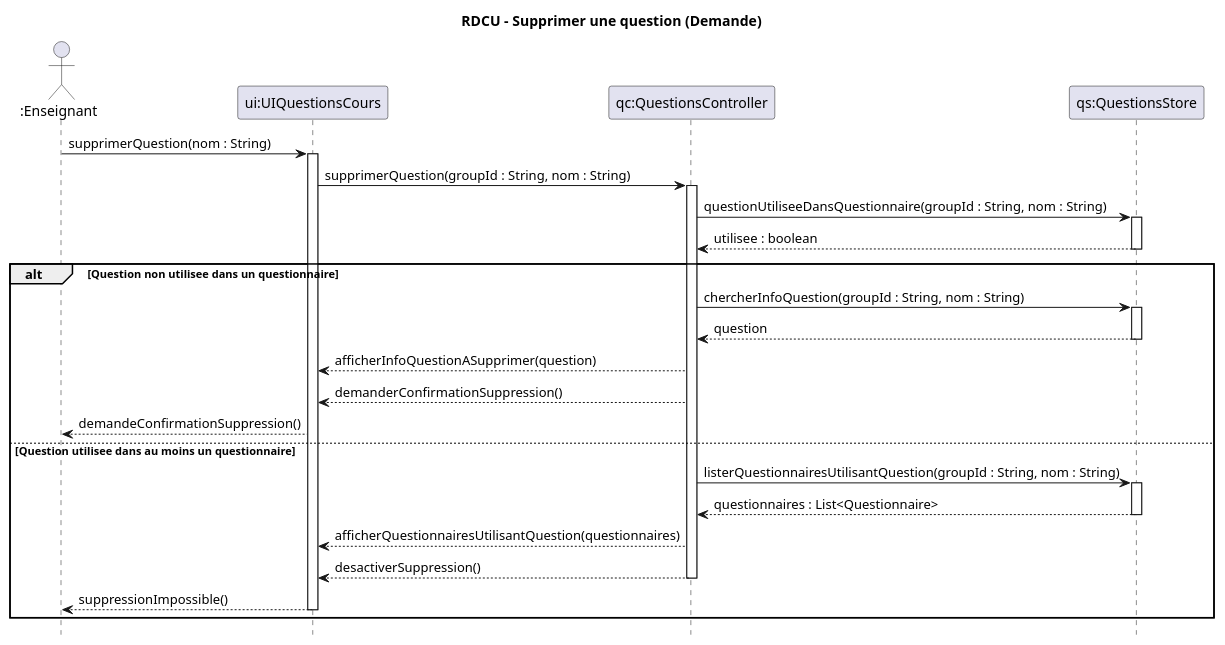
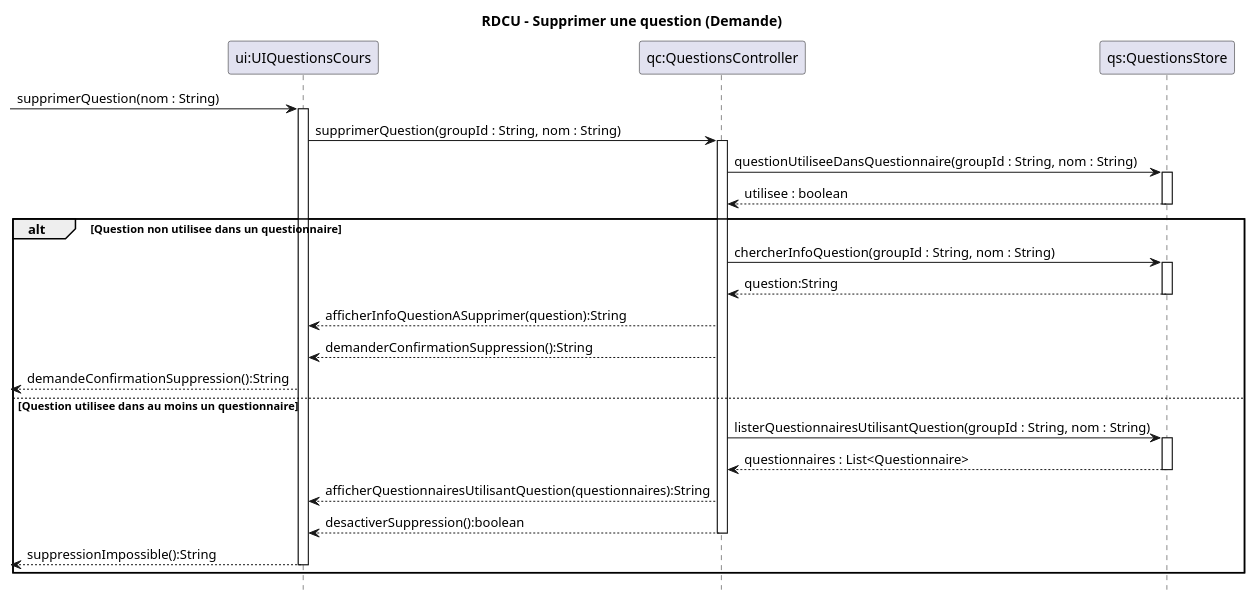
The diagram in docs/modeles/cu02/rdcu-supprimer-question.puml (xMrYahya/moodle-clone), drawn with PlantUML before and after one commit. The commit also changed 4 other files, not shown here.

```diff
--- a/docs/modeles/cu02/rdcu-supprimer-question.puml
+++ b/docs/modeles/cu02/rdcu-supprimer-question.puml
@@ -1,46 +1,45 @@
 @startuml
 hide footbox
 title RDCU – Supprimer une question (Demande)
 
-actor ":Enseignant" as e
 participant "ui:UIQuestionsCours" as UI
 participant "qc:QuestionsController" as QC
 participant "qs:QuestionsStore" as QS
 
-e -> UI : supprimerQuestion(nom : String)
+-> UI : supprimerQuestion(nom : String)
 activate UI
 
 UI -> QC : supprimerQuestion(groupId : String, nom : String)
 activate QC
 
 QC -> QS : questionUtiliseeDansQuestionnaire(groupId : String, nom : String)
 activate QS
 QS --> QC : utilisee : boolean
 deactivate QS
 
 alt Question non utilisee dans un questionnaire
   QC -> QS : chercherInfoQuestion(groupId : String, nom : String)
   activate QS
-  QS --> QC : question
+  QS --> QC : question:String
   deactivate QS
 
-  QC --> UI : afficherInfoQuestionASupprimer(question)
-  QC --> UI : demanderConfirmationSuppression()
+  QC --> UI : afficherInfoQuestionASupprimer(question):String
+  QC --> UI : demanderConfirmationSuppression():String
 
-  UI --> e : demandeConfirmationSuppression()
+  <-- UI : demandeConfirmationSuppression():String
 
 else Question utilisee dans au moins un questionnaire
   QC -> QS : listerQuestionnairesUtilisantQuestion(groupId : String, nom : String)
   activate QS
   QS --> QC : questionnaires : List<Questionnaire>
   deactivate QS
 
-  QC --> UI : afficherQuestionnairesUtilisantQuestion(questionnaires)
-  QC --> UI : desactiverSuppression()
+  QC --> UI : afficherQuestionnairesUtilisantQuestion(questionnaires):String
+  QC --> UI : desactiverSuppression():boolean
   deactivate QC
 
-  UI --> e : suppressionImpossible()
+  <-- UI: suppressionImpossible():String
   deactivate UI
 end
 
 @enduml
```
